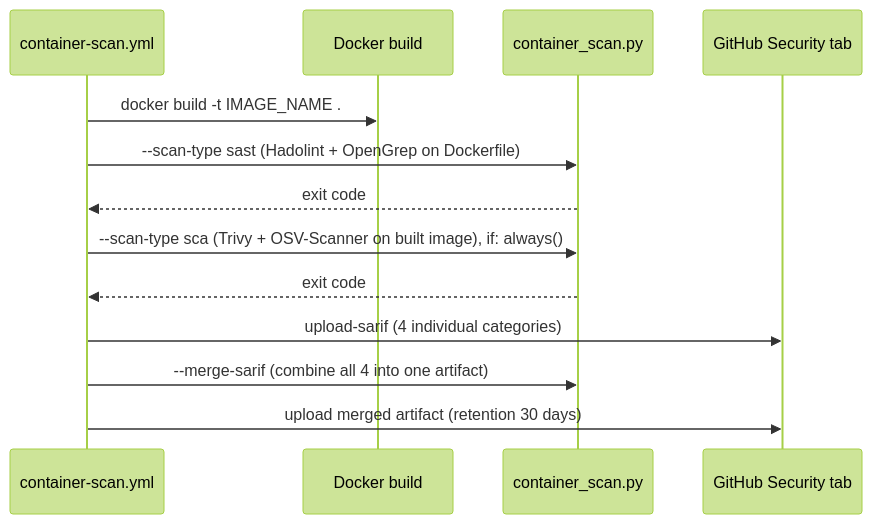
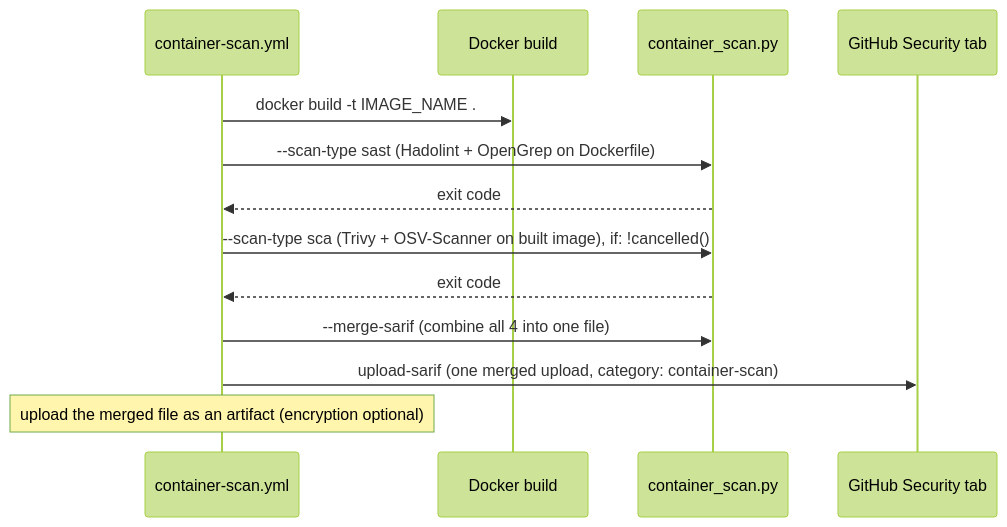
One commit to moghit-eou/EBRAINS-DevSecOps-handbook changed the diagram in reference/pipeline-container-scanning.md. Above: the diagram before and after it, drawn with Mermaid (forest theme). The commit also changed other lines of this file and 17 other files, not shown here.

````diff
--- a/reference/pipeline-container-scanning.md
+++ b/reference/pipeline-container-scanning.md
@@ -18,16 +18,16 @@
 ```mermaid
 sequenceDiagram
     participant CI as container-scan.yml
     participant Docker as Docker build
     participant Orc as container_scan.py
     participant Sec as GitHub Security tab
 
     CI->>Docker: docker build -t IMAGE_NAME .
     CI->>Orc: --scan-type sast (Hadolint + OpenGrep on Dockerfile)
     Orc-->>CI: exit code
-    CI->>Orc: --scan-type sca (Trivy + OSV-Scanner on built image), if: always()
+    CI->>Orc: --scan-type sca (Trivy + OSV-Scanner on built image), if: !cancelled()
     Orc-->>CI: exit code
-    CI->>Sec: upload-sarif (4 individual categories)
-    CI->>Orc: --merge-sarif (combine all 4 into one artifact)
-    CI->>Sec: upload merged artifact (retention 30 days)
+    CI->>Orc: --merge-sarif (combine all 4 into one file)
+    CI->>Sec: upload-sarif (one merged upload, category: container-scan)
+    Note over CI: upload the merged file as an artifact (encryption optional)
 ```
````
